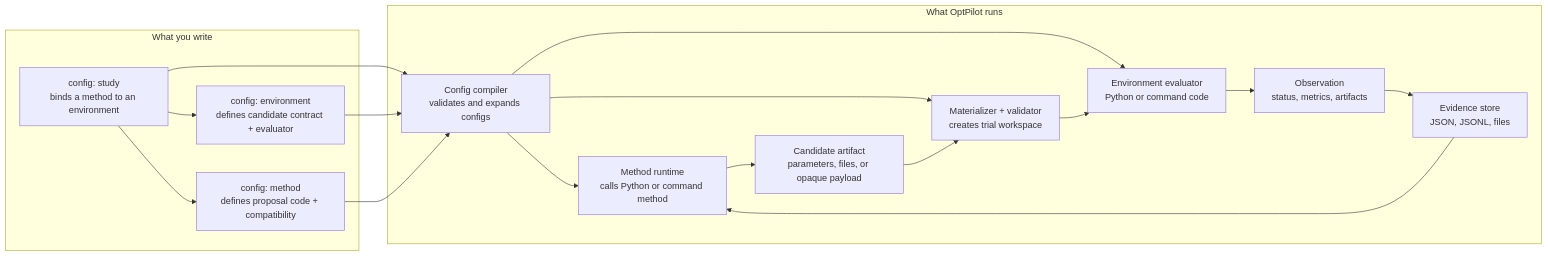
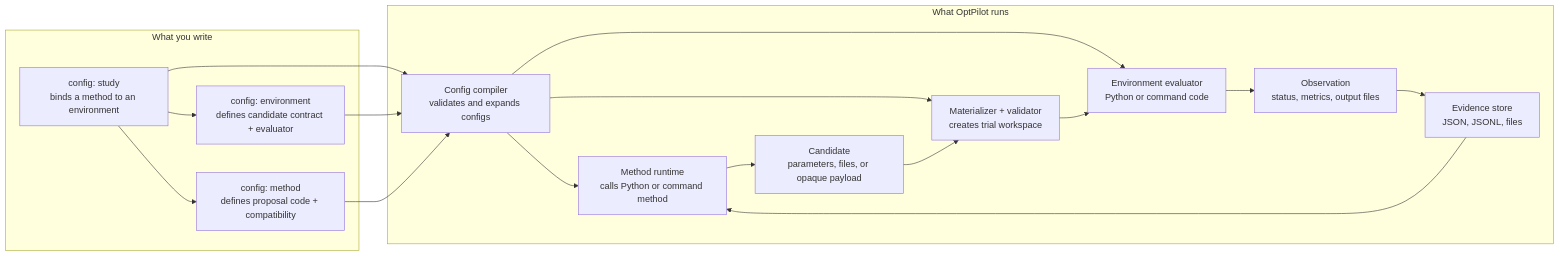
The diagram in docs/index.md (MINDS-THU/OptPilot), drawn with Mermaid before and after one commit. The commit also changed 46 other files, not shown here.

````diff
--- a/docs/index.md
+++ b/docs/index.md
@@ -27,33 +27,33 @@
 ```mermaid
 flowchart LR
   subgraph Authoring["What you write"]
     StudyYaml["config: study\nbinds a method to an environment"]
     EnvironmentYaml["config: environment\ndefines candidate contract + evaluator"]
     MethodYaml["config: method\ndefines proposal code + compatibility"]
   end
 
   subgraph Runtime["What OptPilot runs"]
     Compiler["Config compiler\nvalidates and expands configs"]
     MethodRuntime["Method runtime\ncalls Python or command method"]
-    Candidate["Candidate artifact\nparameters, files, or opaque payload"]
+    Candidate["Candidate\nparameters, files, or opaque payload"]
     Materializer["Materializer + validator\ncreates trial workspace"]
     Evaluator["Environment evaluator\nPython or command code"]
-    Observation["Observation\nstatus, metrics, artifacts"]
+    Observation["Observation\nstatus, metrics, output files"]
     Evidence["Evidence store\nJSON, JSONL, files"]
   end
 
   StudyYaml --> EnvironmentYaml
   StudyYaml --> MethodYaml
   StudyYaml --> Compiler
   EnvironmentYaml --> Compiler
   MethodYaml --> Compiler
   Compiler --> MethodRuntime
   Compiler --> Materializer
   Compiler --> Evaluator
   MethodRuntime --> Candidate
   Candidate --> Materializer
   Materializer --> Evaluator
   Evaluator --> Observation
   Observation --> Evidence
   Evidence --> MethodRuntime
 ```
````
